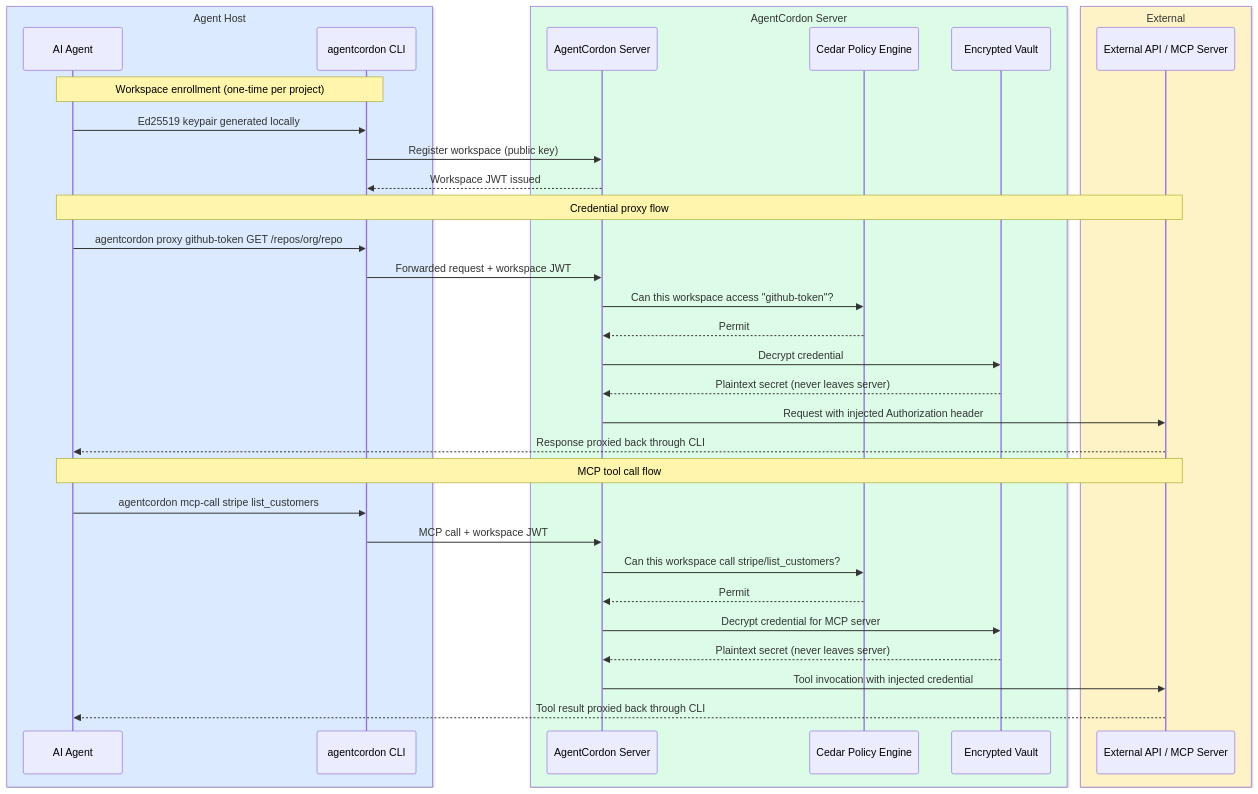
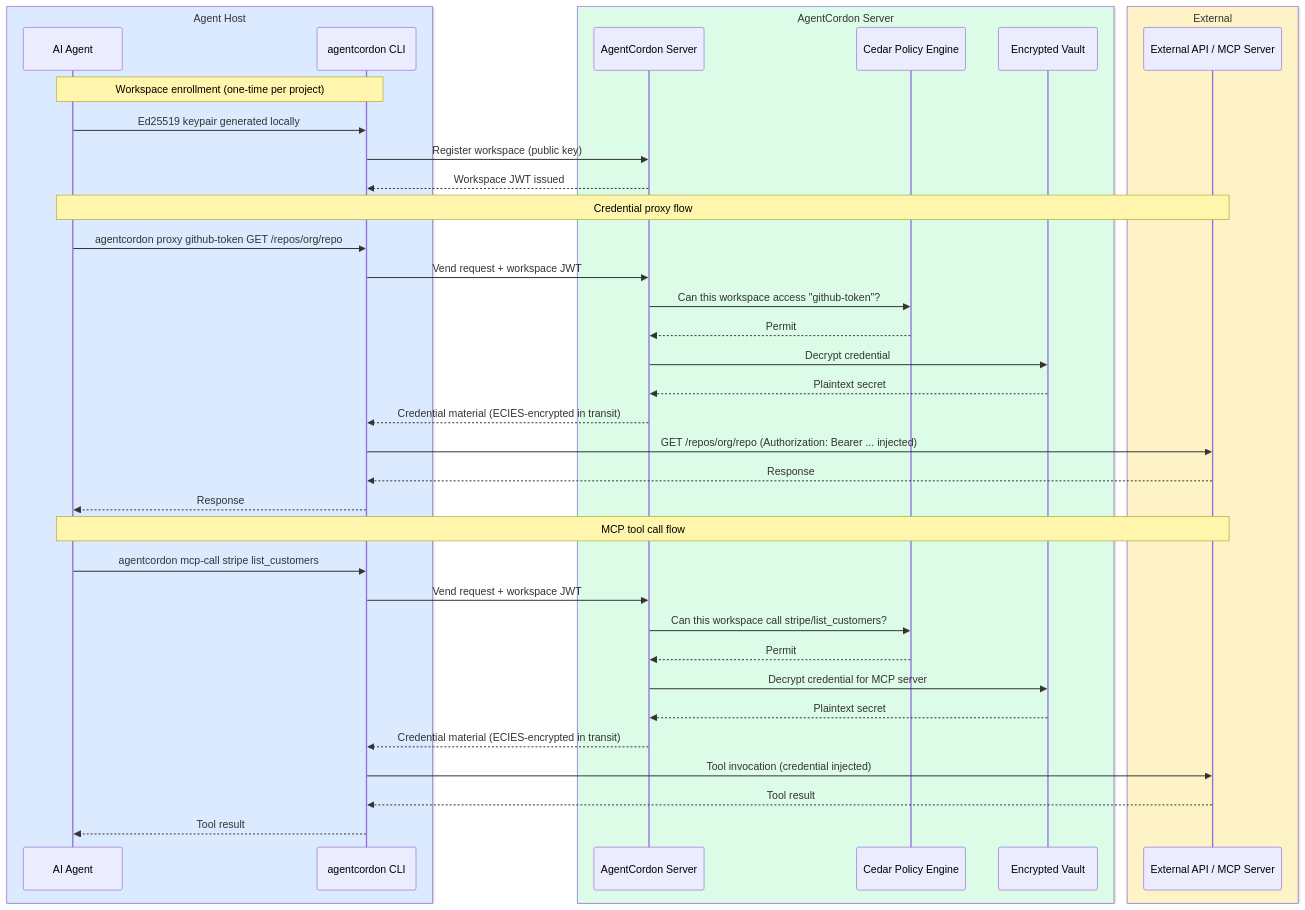
One commit to agentcordon/agentcordon changed the diagram in README.md. Above: the diagram before and after it, drawn with Mermaid.

Commit message:
Fix architecture diagram: CLI makes upstream calls, not the server
The server vends credentials back to the CLI (ECIES-encrypted in
transit). The CLI decrypts, injects the credential, and makes the
upstream API/MCP call directly. The server is not in the request
path to external services.

````diff
--- a/README.md
+++ b/README.md
@@ -30,40 +30,44 @@
 ```mermaid
 sequenceDiagram
     box rgb(219,234,254) Agent Host
     participant Agent as AI Agent
     participant GW as agentcordon CLI
     end
     box rgb(220,252,231) AgentCordon Server
     participant Srv as AgentCordon Server
     participant Cedar as Cedar Policy Engine
     participant Vault as Encrypted Vault
     end
     box rgb(254,243,199) External
     participant Ext as External API / MCP Server
     end
 
     Note over Agent,GW: Workspace enrollment (one-time per project)
     Agent->>GW: Ed25519 keypair generated locally
     GW->>Srv: Register workspace (public key)
     Srv-->>GW: Workspace JWT issued
 
     Note over Agent,Ext: Credential proxy flow
     Agent->>GW: agentcordon proxy github-token GET /repos/org/repo
-    GW->>Srv: Forwarded request + workspace JWT
+    GW->>Srv: Vend request + workspace JWT
     Srv->>Cedar: Can this workspace access "github-token"?
     Cedar-->>Srv: Permit
     Srv->>Vault: Decrypt credential
-    Vault-->>Srv: Plaintext secret (never leaves server)
-    Srv->>Ext: Request with injected Authorization header
-    Ext-->>Agent: Response proxied back through CLI
+    Vault-->>Srv: Plaintext secret
+    Srv-->>GW: Credential material (ECIES-encrypted in transit)
+    GW->>Ext: GET /repos/org/repo (Authorization: Bearer ... injected)
+    Ext-->>GW: Response
+    GW-->>Agent: Response
 
     Note over Agent,Ext: MCP tool call flow
     Agent->>GW: agentcordon mcp-call stripe list_customers
-    GW->>Srv: MCP call + workspace JWT
+    GW->>Srv: Vend request + workspace JWT
     Srv->>Cedar: Can this workspace call stripe/list_customers?
     Cedar-->>Srv: Permit
     Srv->>Vault: Decrypt credential for MCP server
-    Vault-->>Srv: Plaintext secret (never leaves server)
-    Srv->>Ext: Tool invocation with injected credential
-    Ext-->>Agent: Tool result proxied back through CLI
+    Vault-->>Srv: Plaintext secret
+    Srv-->>GW: Credential material (ECIES-encrypted in transit)
+    GW->>Ext: Tool invocation (credential injected)
+    Ext-->>GW: Tool result
+    GW-->>Agent: Tool result
 ```
````
